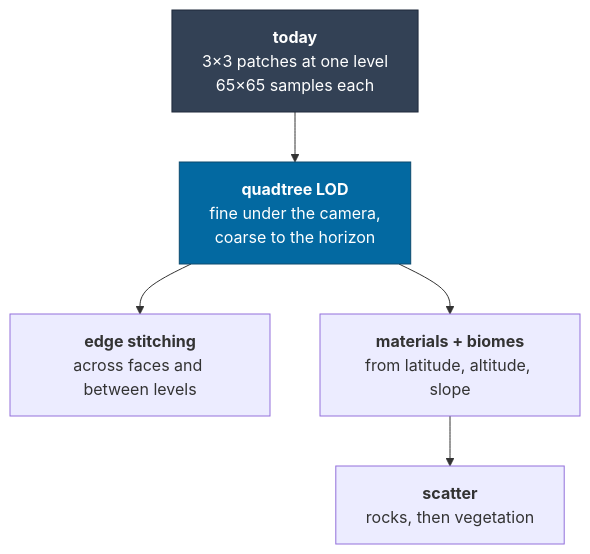
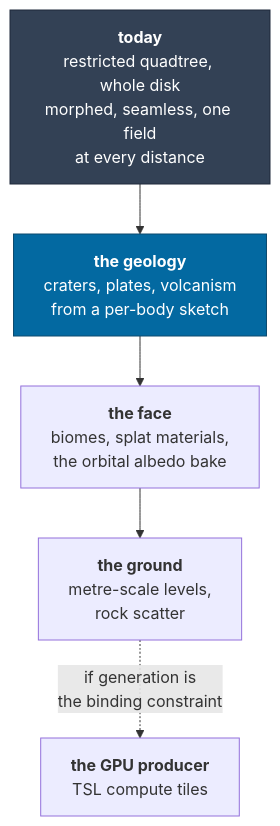
The second of 3 diagrams in docs/roadmap.md (jonjaques/inertialref), drawn with Mermaid before and after one commit. The commit also changed other lines of this file and 8 other files, not shown here.

````diff
--- a/docs/roadmap.md
+++ b/docs/roadmap.md
@@ -113,14 +114,14 @@
 ```mermaid
 flowchart TB
-    NOW["<b>today</b><br/>3×3 patches at one level<br/>65×65 samples each"]
-    A["<b>quadtree LOD</b><br/>fine under the camera,<br/>coarse to the horizon"]
-    B["<b>edge stitching</b><br/>across faces and between levels"]
-    C["<b>materials + biomes</b><br/>from latitude, altitude, slope"]
-    D["<b>scatter</b><br/>rocks, then vegetation"]
+    NOW["<b>today</b><br/>restricted quadtree, whole disk<br/>morphed, seamless, one field<br/>at every distance"]
+    C["<b>the geology</b><br/>craters, plates, volcanism<br/>from a per-body sketch"]
+    D["<b>the face</b><br/>biomes, splat materials,<br/>the orbital albedo bake"]
+    E["<b>the ground</b><br/>metre-scale levels,<br/>rock scatter"]
+    F["<b>the GPU producer</b><br/>TSL compute tiles"]
 
-    NOW --> A --> B
-    A --> C --> D
+    NOW --> C --> D --> E
+    E -.->|"if generation is<br/>the binding constraint"| F
 
     style NOW fill:#334155,stroke:#1e293b,color:#fff
-    style A fill:#0369a1,stroke:#0c4a6e,color:#fff
+    style C fill:#0369a1,stroke:#0c4a6e,color:#fff
 ```
````
